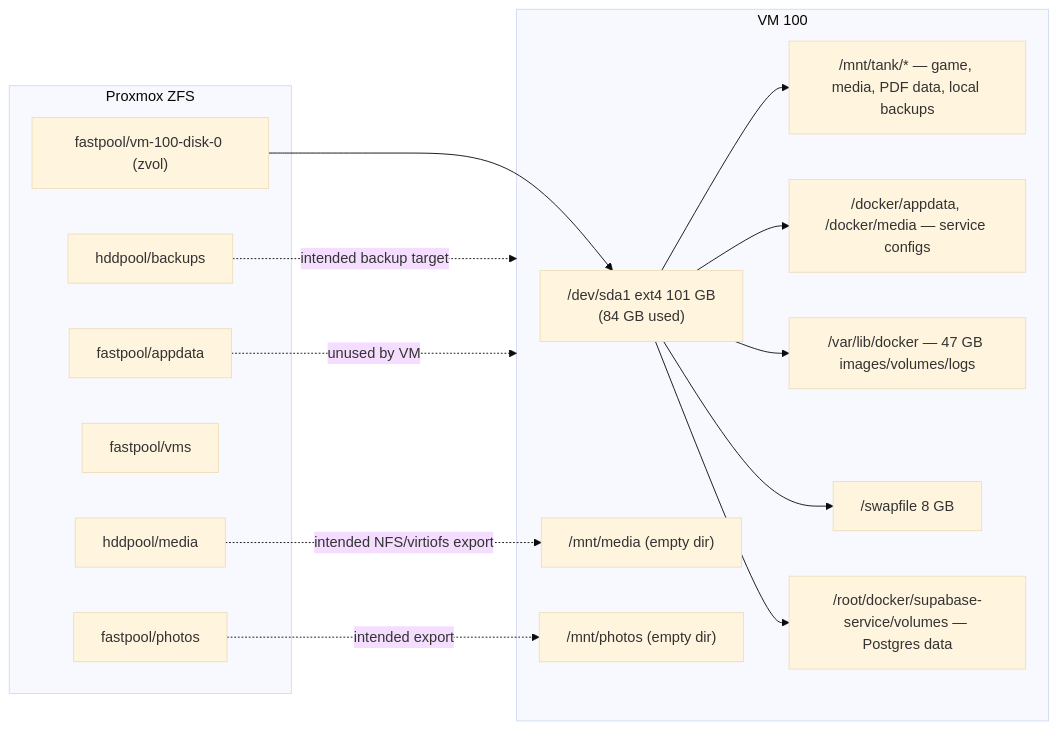
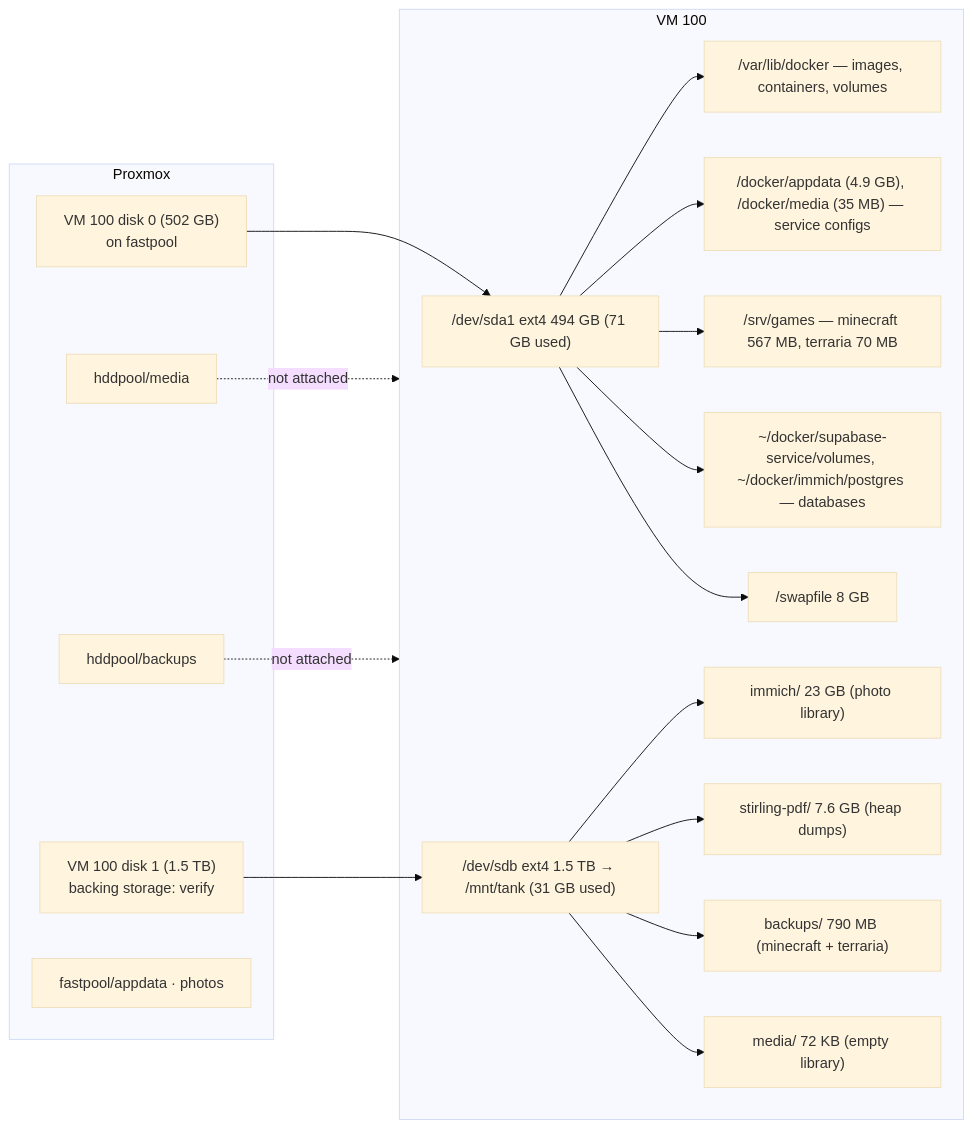
Before and after one commit to BigBoiToasty/homelab-docs: the diagram in services/container-workloads.md, drawn with Mermaid (base theme). The commit also changed other lines of this file and 4 other files, not shown here.

First line of the commit message:
docs: refresh architecture docs from 2026-09-25 audit

````diff
--- a/services/container-workloads.md
+++ b/services/container-workloads.md
@@ -164,26 +179,27 @@
 ```mermaid
 flowchart LR
-    subgraph PVE["Proxmox ZFS"]
-        A["fastpool/vm-100-disk-0 (zvol)"]
-        B["fastpool/appdata"]
-        C["fastpool/photos"]
-        D["fastpool/vms"]
+    subgraph PVE["Proxmox"]
+        A["VM 100 disk 0 (502 GB)<br/>on fastpool"]
+        B["VM 100 disk 1 (1.5 TB)<br/>backing storage: verify"]
         E["hddpool/media"]
         F["hddpool/backups"]
+        C["fastpool/appdata · photos"]
     end
     subgraph VM["VM 100"]
-        SDA["/dev/sda1 ext4 101 GB<br/>(84 GB used)"]
-        SDA --> R1["/mnt/tank/* — game, media, PDF data, local backups"]
-        SDA --> R2["/docker/appdata, /docker/media — service configs"]
-        SDA --> R3["/var/lib/docker — 47 GB images/volumes/logs"]
-        SDA --> R4["/swapfile 8 GB"]
-        SDA --> R5["/root/docker/supabase-service/volumes — Postgres data"]
-        EMPTY1["/mnt/media (empty dir)"]
-        EMPTY2["/mnt/photos (empty dir)"]
+        SDA["/dev/sda1 ext4 494 GB (71 GB used)"]
+        SDA --> R1["/var/lib/docker — images, containers, volumes"]
+        SDA --> R2["/docker/appdata (4.9 GB), /docker/media (35 MB) — service configs"]
+        SDA --> R3["/srv/games — minecraft 567 MB, terraria 70 MB"]
+        SDA --> R4["~/docker/supabase-service/volumes, ~/docker/immich/postgres — databases"]
+        SDA --> R5["/swapfile 8 GB"]
+        SDB["/dev/sdb ext4 1.5 TB → /mnt/tank (31 GB used)"]
+        SDB --> T1["immich/ 23 GB (photo library)"]
+        SDB --> T2["stirling-pdf/ 7.6 GB (heap dumps)"]
+        SDB --> T3["backups/ 790 MB (minecraft + terraria)"]
+        SDB --> T4["media/ 72 KB (empty library)"]
     end
     A --> SDA
-    E -. "intended NFS/virtiofs export" .-> EMPTY1
-    C -. "intended export" .-> EMPTY2
-    F -. "intended backup target" .-> VM
-    B -. "unused by VM" .-> VM
+    B --> SDB
+    E -. "not attached" .-> VM
+    F -. "not attached" .-> VM
 ```
````
